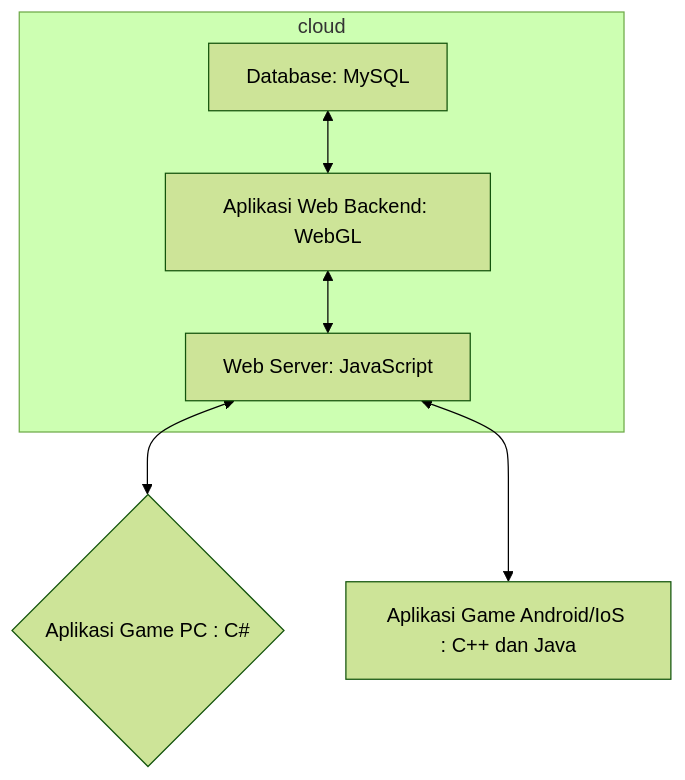
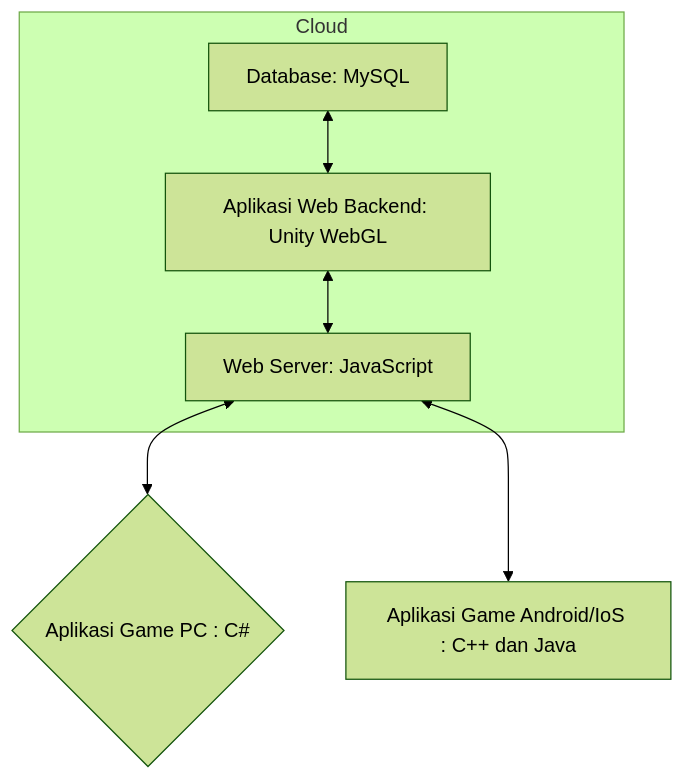
Before and after one commit to muhsatpra/Membuat-Game-Pertamaku-Sebagai-Pemenuhan-Tugas-UTS-Pengenalan-Informatika: the second of 2 diagrams in JobInterview.md, drawn with Mermaid (forest theme). The commit also changed other lines of this file, not shown here.

````diff
--- a/JobInterview.md
+++ b/JobInterview.md
@@ -156,9 +244,9 @@
 ```mermaid
 flowchart BT 
-  subgraph cloud
-    B[Web Server: JavaScript ] <--> C[Aplikasi Web Backend: WebGL] 
+  subgraph Cloud
+    B[Web Server: JavaScript ] <--> C[Aplikasi Web Backend: Unity WebGL] 
     C <--> D[Database: MySQL] 
   end
   A{Aplikasi Game PC : C#} <--> B 
   E[Aplikasi Game Android/IoS : C++ dan Java] <--> B 
 ```
````
